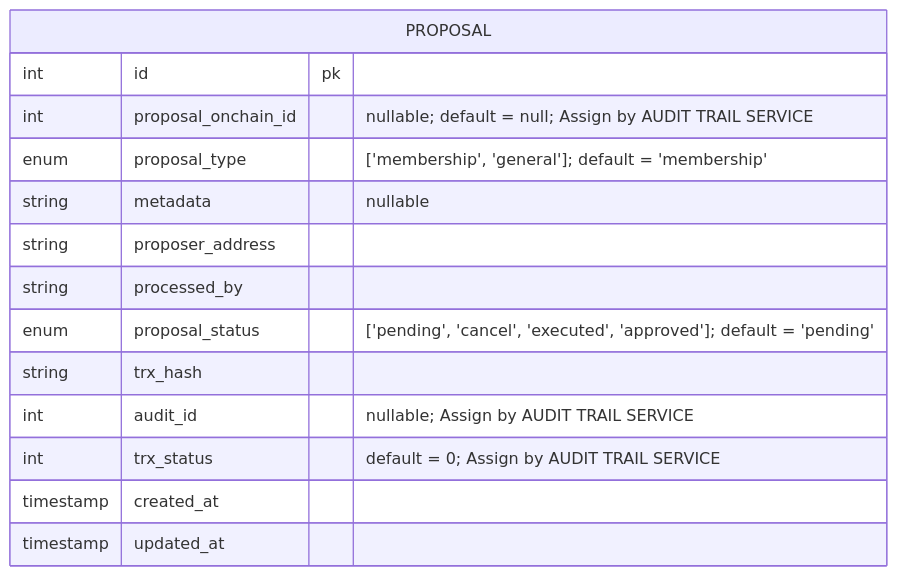
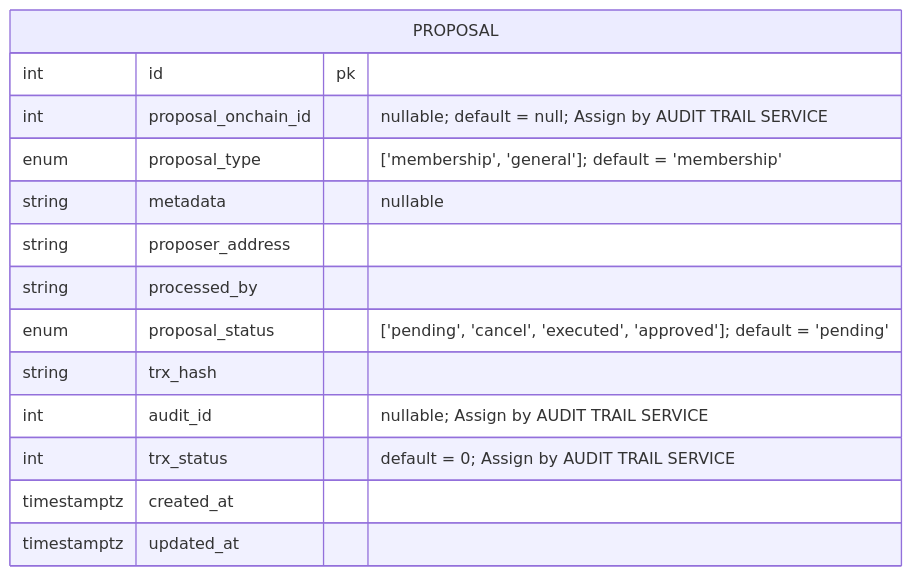
Before and after one commit to FinCube-23/DAO-Proposal-Governance: the second of 3 diagrams in IMPROVED-ER-DIAGRAM.md, drawn with Mermaid. The commit also changed other lines of this file, not shown here.

Commit message:
feat: fincube #291 Update ER diagram with improved data types and structure

````diff
--- a/IMPROVED-ER-DIAGRAM.md
+++ b/IMPROVED-ER-DIAGRAM.md
@@ -21,18 +26,18 @@
 ```mermaid
 erDiagram
 
 PROPOSAL {
         int id pk
         int proposal_onchain_id "nullable; default = null; Assign by AUDIT TRAIL SERVICE"
         enum proposal_type "['membership', 'general']; default = 'membership'"
         string metadata "nullable"
         string proposer_address
         string processed_by
         enum proposal_status "['pending', 'cancel', 'executed', 'approved']; default = 'pending'"
         string trx_hash
         int audit_id "nullable; Assign by AUDIT TRAIL SERVICE"
         int trx_status "default = 0; Assign by AUDIT TRAIL SERVICE"
-        timestamp created_at
-        timestamp updated_at
+        timestamptz created_at
+        timestamptz updated_at
     }
 ```
````
